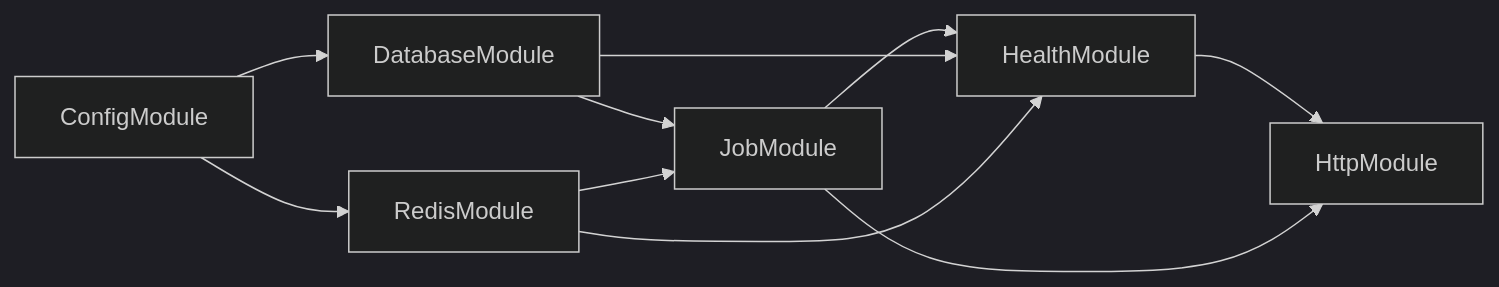
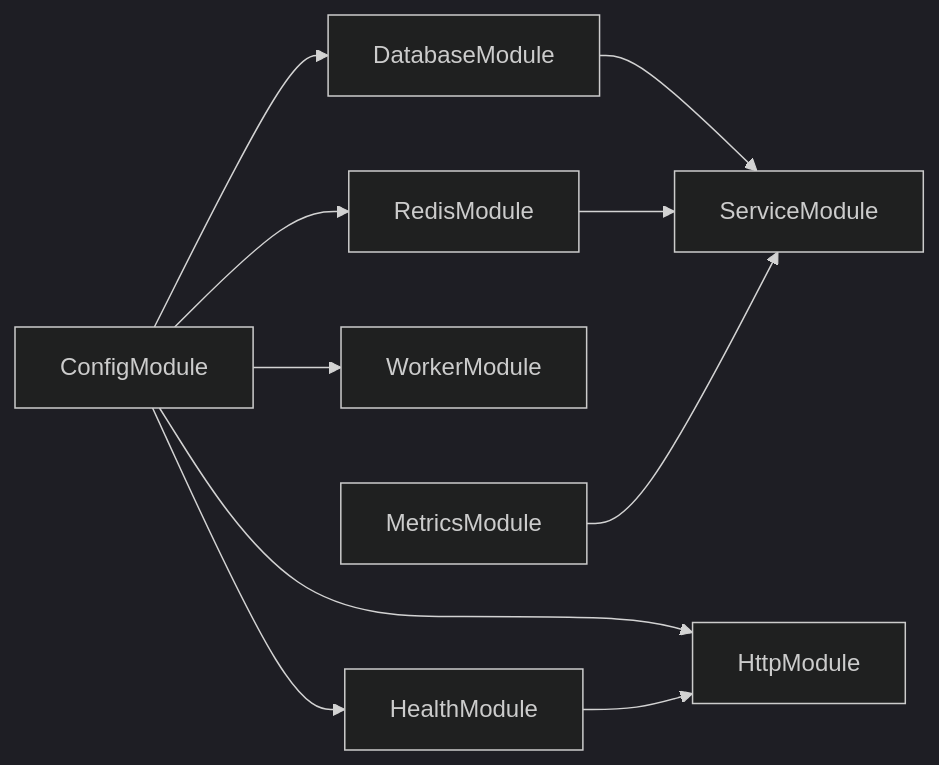
The second of 2 diagrams in packages/di/examples/12-production-microservice/README.md (codefastlabs/codefast), drawn with Mermaid (dark theme) before and after one commit. The commit also changed other lines of this file and 9 other files, not shown here.

````diff
--- a/packages/di/examples/12-production-microservice/README.md
+++ b/packages/di/examples/12-production-microservice/README.md
@@ -55,7 +55,6 @@
 ```mermaid
 graph LR
-    ConfigModule --> DatabaseModule & RedisModule
-    DatabaseModule & RedisModule --> JobModule
-    JobModule & DatabaseModule & RedisModule --> HealthModule
-    HealthModule & JobModule --> HttpModule
+    ConfigModule --> DatabaseModule & RedisModule & WorkerModule & HealthModule & HttpModule
+    HealthModule --> HttpModule
+    DatabaseModule & RedisModule & MetricsModule --> ServiceModule
 ```
````
